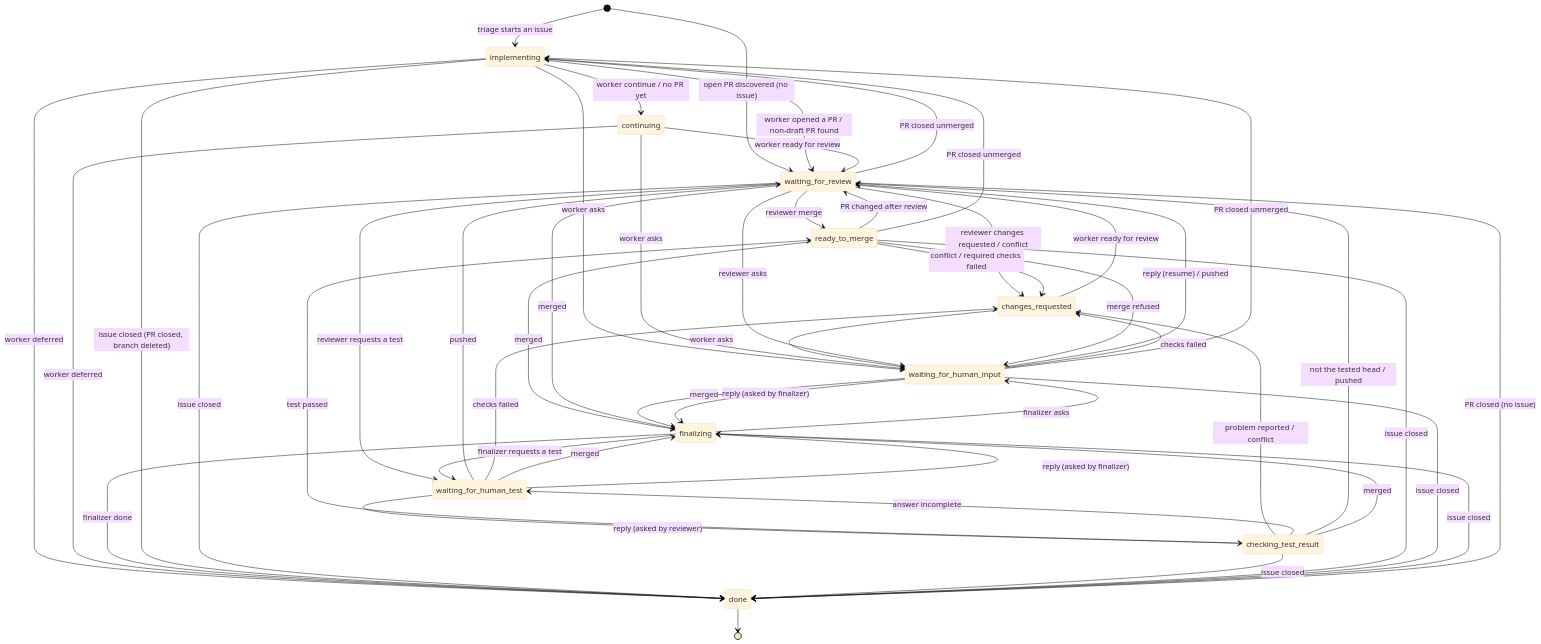
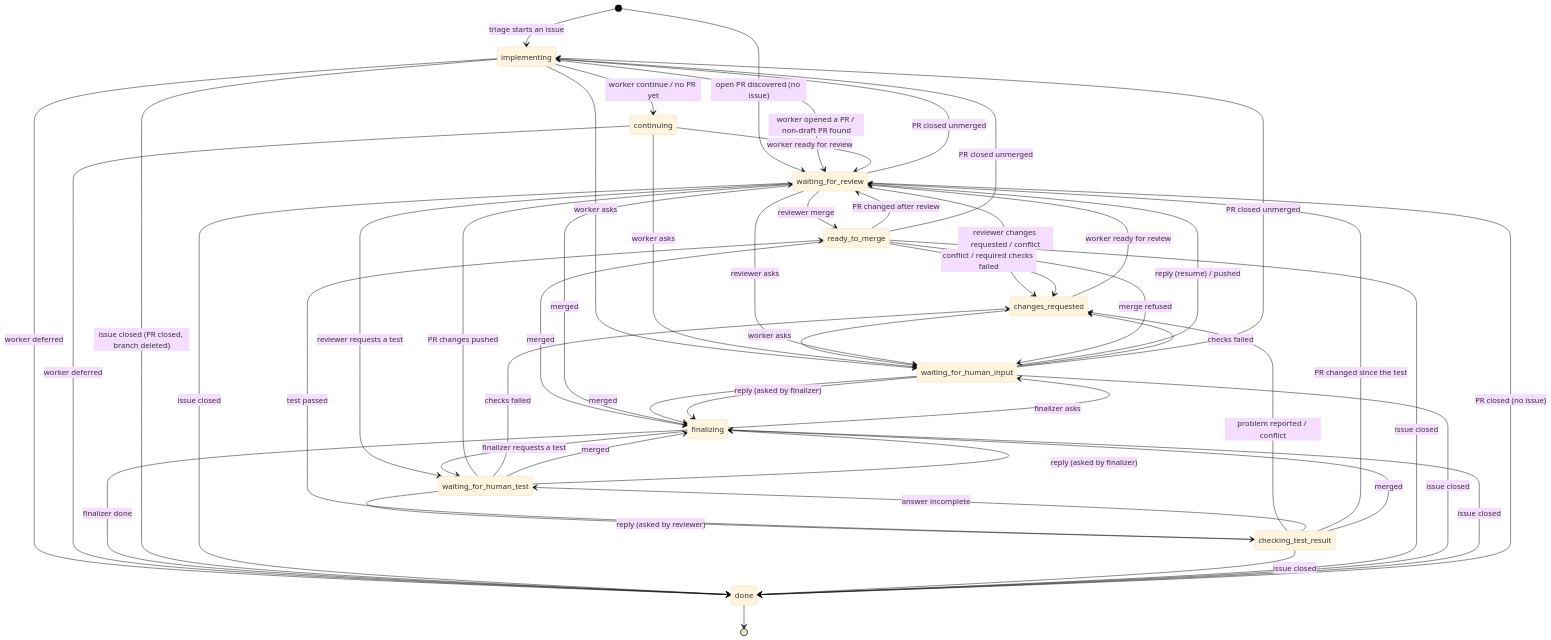
The first of 4 diagrams in ARCHITECTURE.md (koshian/ghwatch), drawn with Mermaid (base theme) before and after one commit. The commit also changed other lines of this file and 8 other files, not shown here.

````diff
--- a/ARCHITECTURE.md
+++ b/ARCHITECTURE.md
@@ -48,59 +48,59 @@
 ```mermaid
 stateDiagram-v2
     [*] --> implementing: triage starts an issue
     [*] --> waiting_for_review: open PR discovered (no issue)
 
     implementing --> waiting_for_review: worker opened a PR / non-draft PR found
     implementing --> continuing: worker continue / no PR yet
     continuing --> waiting_for_review: worker ready for review
     changes_requested --> waiting_for_review: worker ready for review
     implementing --> done: worker deferred
     continuing --> done: worker deferred
 
     waiting_for_review --> ready_to_merge: reviewer merge
     waiting_for_review --> changes_requested: reviewer changes requested / conflict
     ready_to_merge --> waiting_for_review: PR changed after review
     ready_to_merge --> changes_requested: conflict / required checks failed
     ready_to_merge --> finalizing: merged
 
     implementing --> waiting_for_human_input: worker asks
     continuing --> waiting_for_human_input: worker asks
     changes_requested --> waiting_for_human_input: worker asks
     waiting_for_review --> waiting_for_human_input: reviewer asks
     waiting_for_review --> waiting_for_human_test: reviewer requests a test
     ready_to_merge --> waiting_for_human_input: merge refused
 
     waiting_for_human_input --> waiting_for_review: reply (resume) / pushed
     waiting_for_human_test --> checking_test_result: reply (asked by reviewer)
-    waiting_for_human_test --> waiting_for_review: pushed
+    waiting_for_human_test --> waiting_for_review: PR changes pushed
     checking_test_result --> ready_to_merge: test passed
     checking_test_result --> changes_requested: problem reported / conflict
     checking_test_result --> waiting_for_human_test: answer incomplete
-    checking_test_result --> waiting_for_review: not the tested head / pushed
+    checking_test_result --> waiting_for_review: PR changed since the test
     waiting_for_human_input --> changes_requested: checks failed
     waiting_for_human_test --> changes_requested: checks failed
 
     waiting_for_review --> finalizing: merged
     checking_test_result --> finalizing: merged
     waiting_for_human_input --> finalizing: merged
     waiting_for_human_test --> finalizing: merged
 
     waiting_for_review --> implementing: PR closed unmerged
     ready_to_merge --> implementing: PR closed unmerged
     waiting_for_human_input --> implementing: PR closed unmerged
 
     finalizing --> waiting_for_human_input: finalizer asks
     finalizing --> waiting_for_human_test: finalizer requests a test
     waiting_for_human_input --> finalizing: reply (asked by finalizer)
     waiting_for_human_test --> finalizing: reply (asked by finalizer)
     finalizing --> done: finalizer done
 
     implementing --> done: issue closed (PR closed, branch deleted)
     waiting_for_review --> done: issue closed
     checking_test_result --> done: issue closed
     ready_to_merge --> done: issue closed
     waiting_for_human_input --> done: issue closed
     finalizing --> done: issue closed
     waiting_for_review --> done: PR closed (no issue)
     done --> [*]
 ```
````
